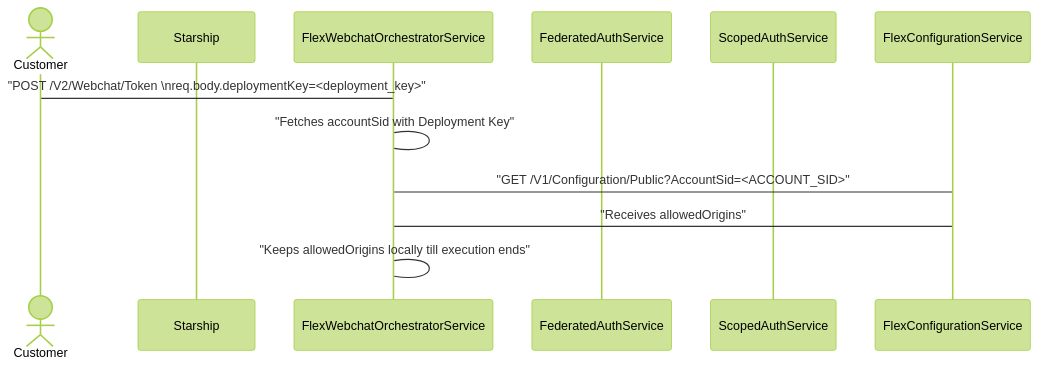
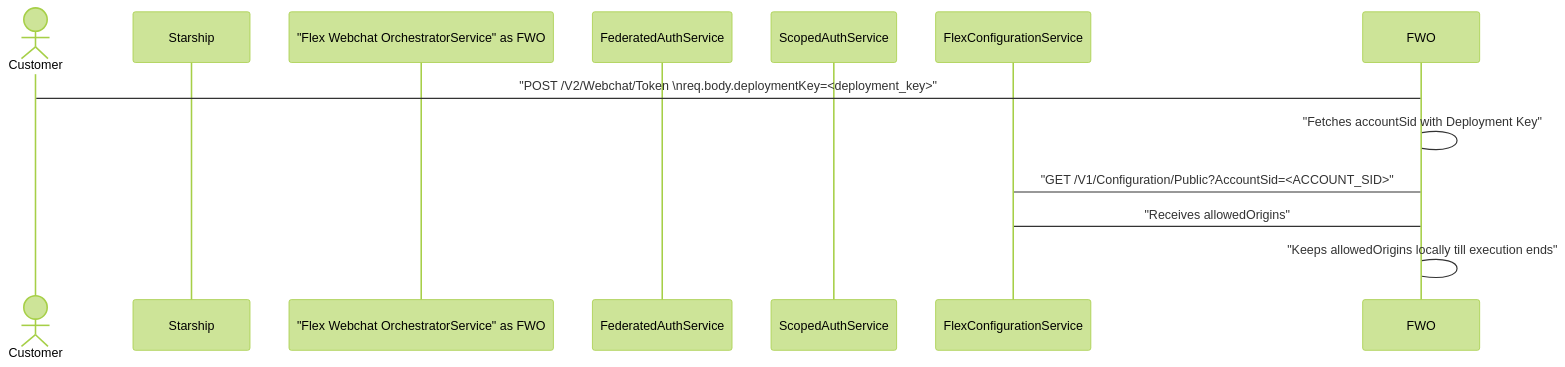
Before and after one commit to twilio/twilio-webchat-react-app: the diagram in sequence.md, drawn with Mermaid (forest theme).

Commit message:
adding seq diagram

````diff
--- a/sequence.md
+++ b/sequence.md
@@ -1,20 +1,20 @@
 ```mermaid
 %% Example of sequence diagram
 sequenceDiagram
     actor C as Customer
     participant S as Starship
-    participant FWO as FlexWebchatOrchestratorService
+    participant "Flex Webchat OrchestratorService" as FWO
     participant FAS as FederatedAuthService
     participant SAS as ScopedAuthService
     participant FC as FlexConfigurationService
 
     C -> FWO : "POST /V2/Webchat/Token \nreq.body.deploymentKey=<deployment_key>"
 
     FWO -> FWO : "Fetches accountSid with Deployment Key"
     FWO -> FC : "GET /V1/Configuration/Public?AccountSid=<ACCOUNT_SID>"
 
     FC -> FWO : "Receives allowedOrigins"
 
     FWO -> FWO : "Keeps allowedOrigins locally till execution ends"
 
 ```
````
